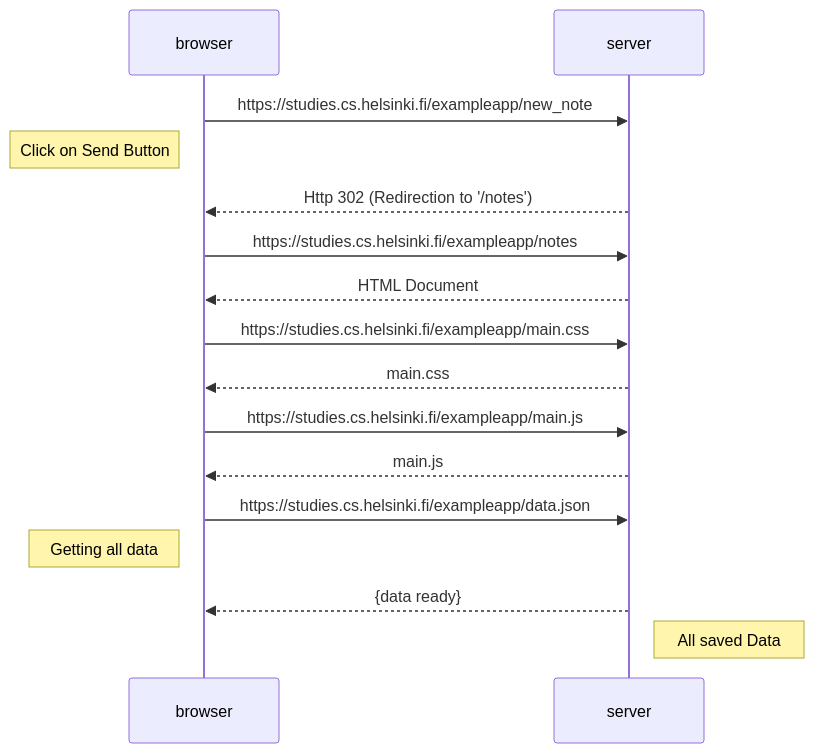
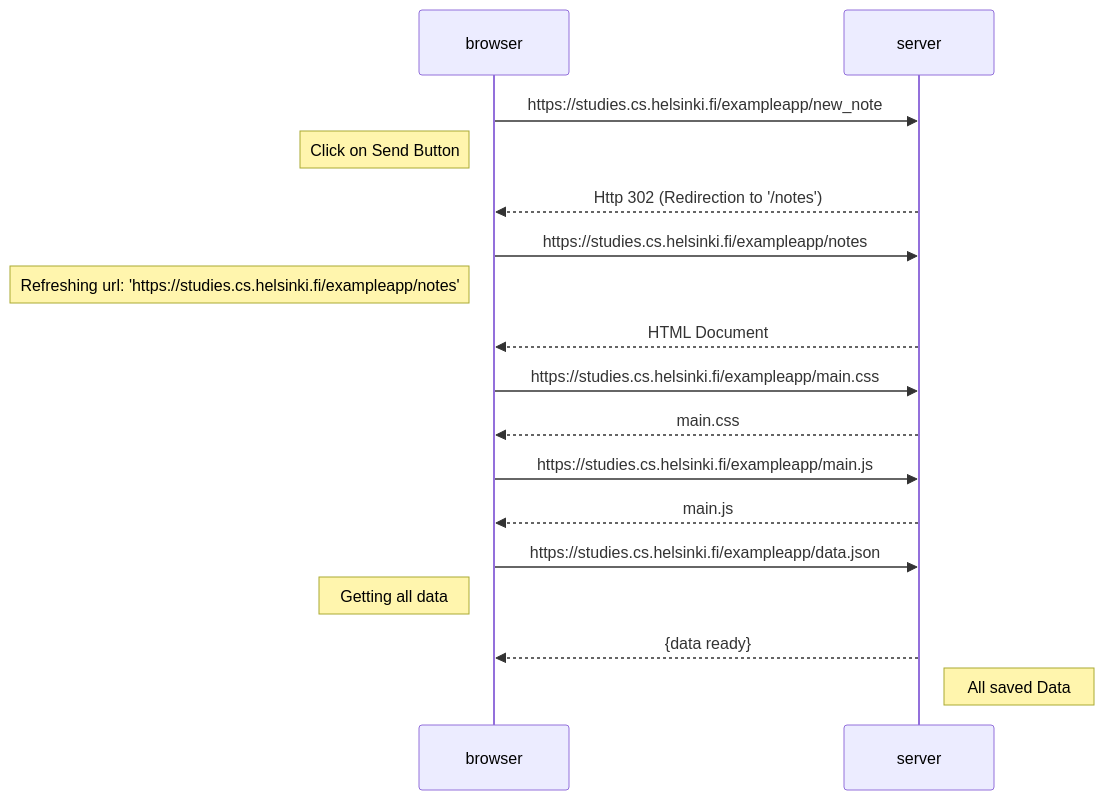
The diagram in 04.md (ArielCS0625/Ejercicios-0.4-0.6-), drawn with Mermaid before and after one commit.

````diff
--- a/04.md
+++ b/04.md
@@ -1,26 +1,27 @@
   ```mermaid
   sequenceDiagram
       participant browser
       participant server
 
       browser->>server: https://studies.cs.helsinki.fi/exampleapp/new_note
       Note left of browser: Click on Send Button
       server-->>browser: Http 302 (Redirection to '/notes')
 
       browser->>server: https://studies.cs.helsinki.fi/exampleapp/notes
+      Note left of browser: Refreshing url: 'https://studies.cs.helsinki.fi/exampleapp/notes'
       server-->>browser: HTML Document
 
       browser->>server: https://studies.cs.helsinki.fi/exampleapp/main.css
       server-->>browser: main.css
 
       browser->>server: https://studies.cs.helsinki.fi/exampleapp/main.js
       server-->>browser: main.js
 
 
       browser->>server: https://studies.cs.helsinki.fi/exampleapp/data.json
       Note left of browser: Getting all data
       server-->>browser: {data ready}
       Note right of server: All saved Data
 
  
   ```
````
